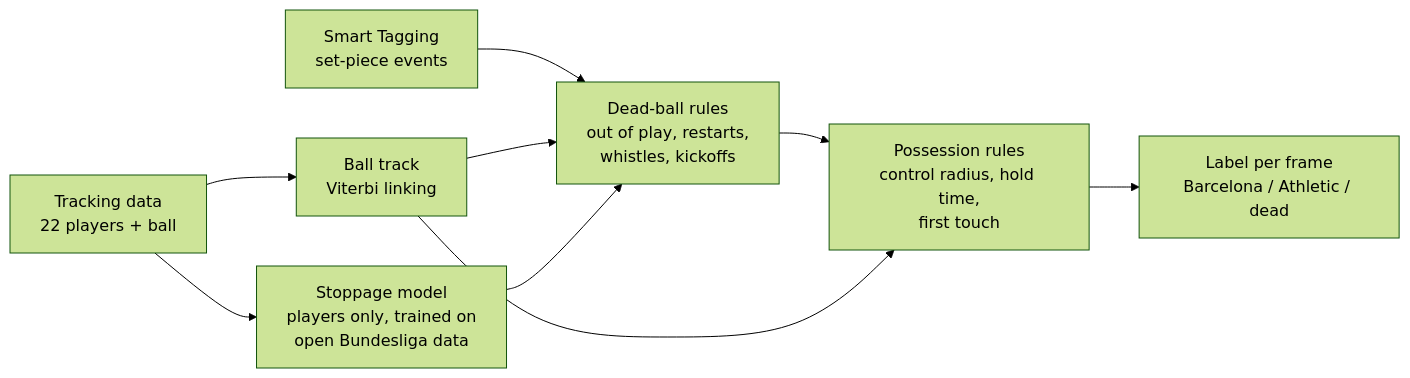
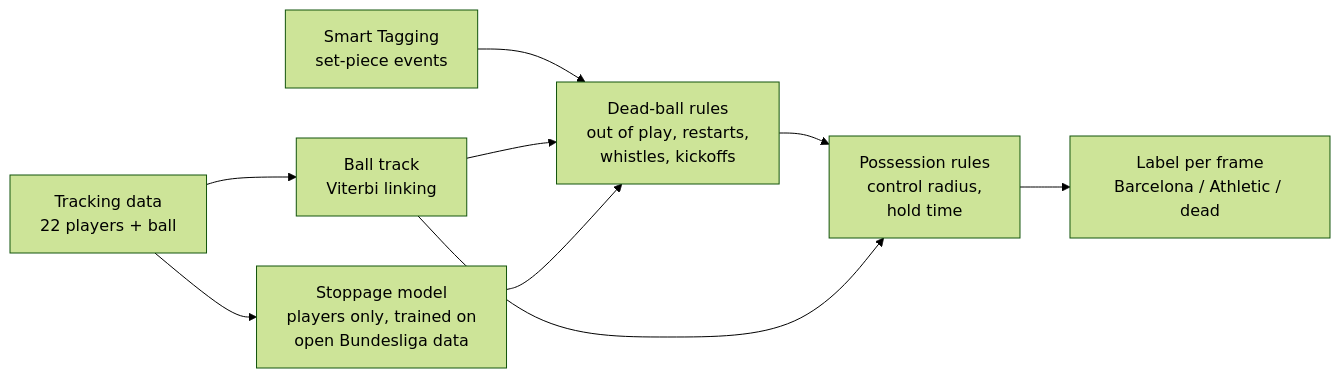
One commit to monu4959/barcelona-hackathon changed the diagram in README.md. Above: the diagram before and after it, drawn with Mermaid (forest theme). The commit also changed other lines of this file and 3 other files, not shown here.

````diff
--- a/README.md
+++ b/README.md
@@ -44,11 +63,11 @@
 ```mermaid
 flowchart LR
     A[Tracking data<br/>22 players + ball] --> B[Ball track<br/>Viterbi linking]
     A --> D
     T[Smart Tagging<br/>set-piece events] --> C
     B --> C[Dead-ball rules<br/>out of play, restarts,<br/>whistles, kickoffs]
     D[Stoppage model<br/>players only, trained on<br/>open Bundesliga data] --> C
-    C --> E[Possession rules<br/>control radius, hold time,<br/>first touch]
+    C --> E[Possession rules<br/>control radius,<br/>hold time]
     B --> E
     E --> F[Label per frame<br/>Barcelona / Athletic / dead]
 ```
````
